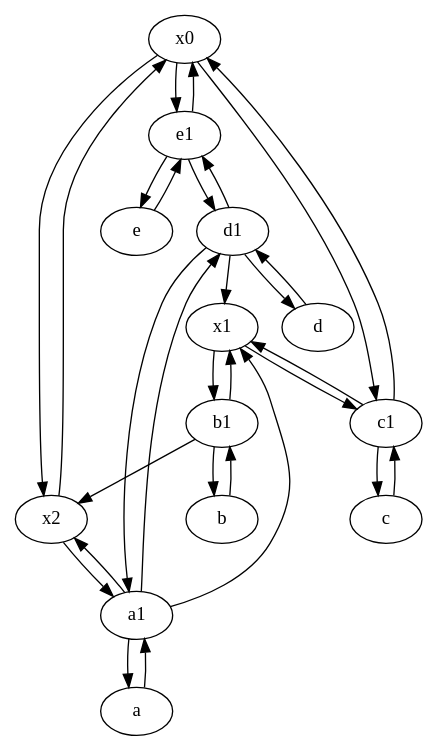
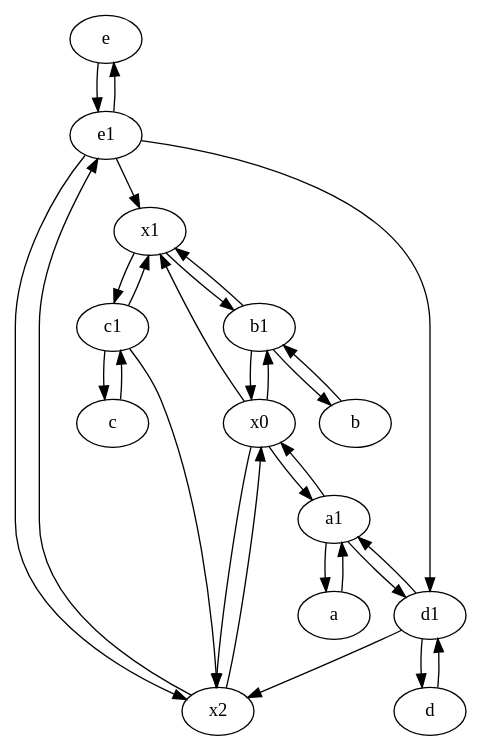
Before and after one commit to anisabnis/graph_inference: the diagram in results_best/surfnet13/topologyinf.dot, drawn with Graphviz. The commit also changed 3498 other files, not shown here.

```diff
--- a/results_best/surfnet13/topologyinf.dot
+++ b/results_best/surfnet13/topologyinf.dot
@@ -1,45 +1,45 @@
 digraph  {
-	x0;
-	x1;
+	e [pos="30,50!"];
+	a1 [pos="40,15!"];
+	x2;
 	b1 [pos="45,20!"];
-	a1 [pos="40,15!"];
-	e1 [pos="25,45!"];
-	x2;
 	d1 [pos="25,30!"];
-	c1 [pos="30,15!"];
-	b [pos="50,20!"];
 	c [pos="20,10!"];
 	a [pos="40,10!"];
-	e [pos="30,50!"];
+	x0;
+	b [pos="50,20!"];
+	e1 [pos="25,45!"];
+	x1;
 	d [pos="20,30!"];
-	d1 -> x1;
+	c1 [pos="30,15!"];
+	b1 -> x0;
+	e1 -> x2;
+	c1 -> c;
+	a -> a1;
+	x0 -> a1;
+	e1 -> e;
 	x2 -> x0;
+	b1 -> x1;
+	a1 -> a;
+	a1 -> x0;
+	x0 -> x2;
+	c -> c1;
+	b1 -> b;
+	d1 -> d;
+	x0 -> b1;
+	x2 -> e1;
+	x0 -> x1;
+	c1 -> x1;
+	d -> d1;
+	c1 -> x2;
+	x1 -> b1;
+	a1 -> d1;
+	e -> e1;
+	x1 -> c1;
+	d1 -> x2;
+	e1 -> x1;
+	e1 -> d1;
+	b -> b1;
 	d1 -> a1;
-	x0 -> c1;
-	c1 -> x0;
-	x0 -> e1;
-	e1 -> e;
-	b1 -> x2;
-	a1 -> x1;
-	e -> e1;
-	b -> b1;
-	b1 -> b;
-	e1 -> d1;
-	a -> a1;
-	e1 -> x0;
-	d1 -> e1;
-	x0 -> x2;
-	d -> d1;
-	x2 -> a1;
-	c1 -> c;
-	b1 -> x1;
-	c -> c1;
-	x1 -> c1;
-	x1 -> b1;
-	a1 -> x2;
-	c1 -> x1;
-	a1 -> d1;
-	a1 -> a;
-	d1 -> d;
 
 	}
```
